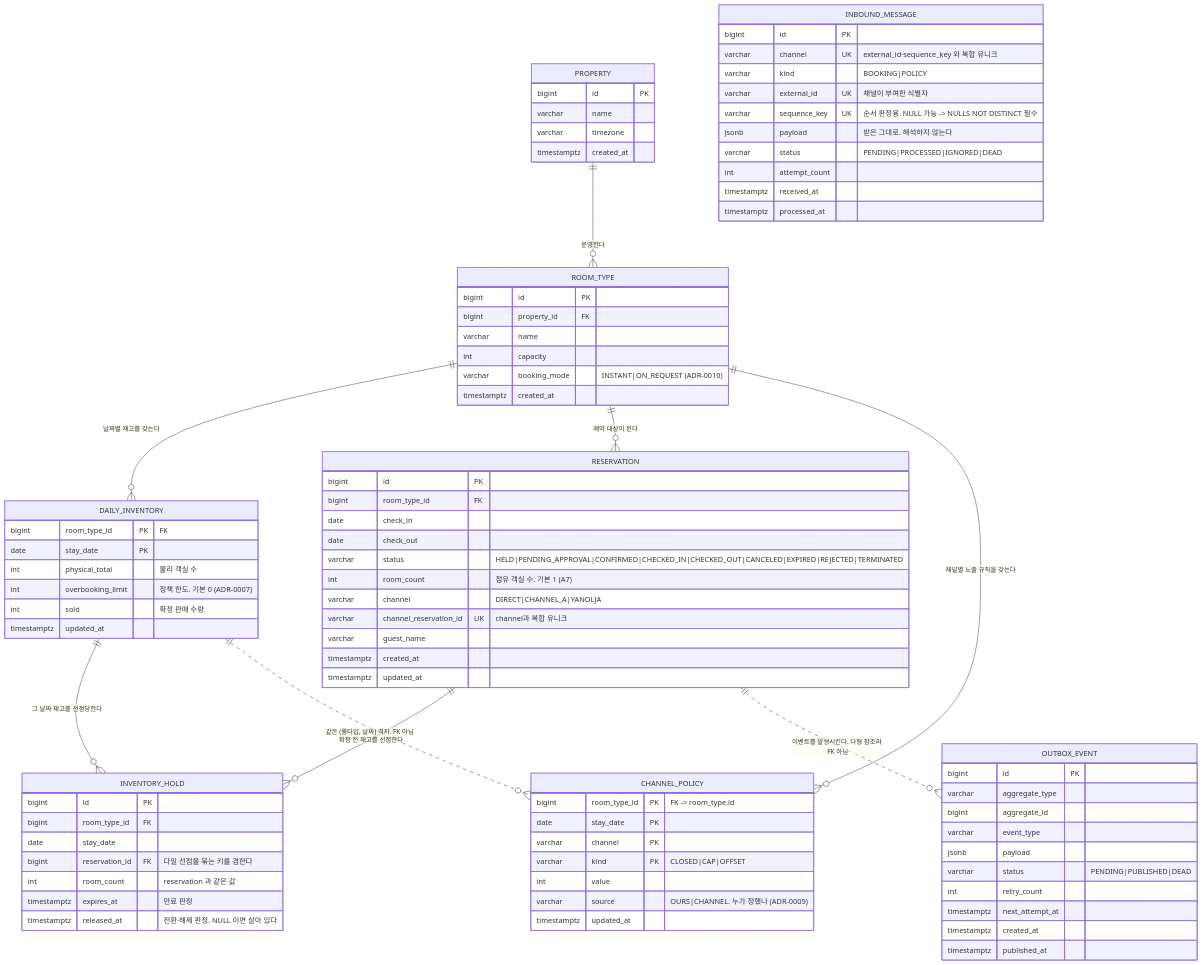
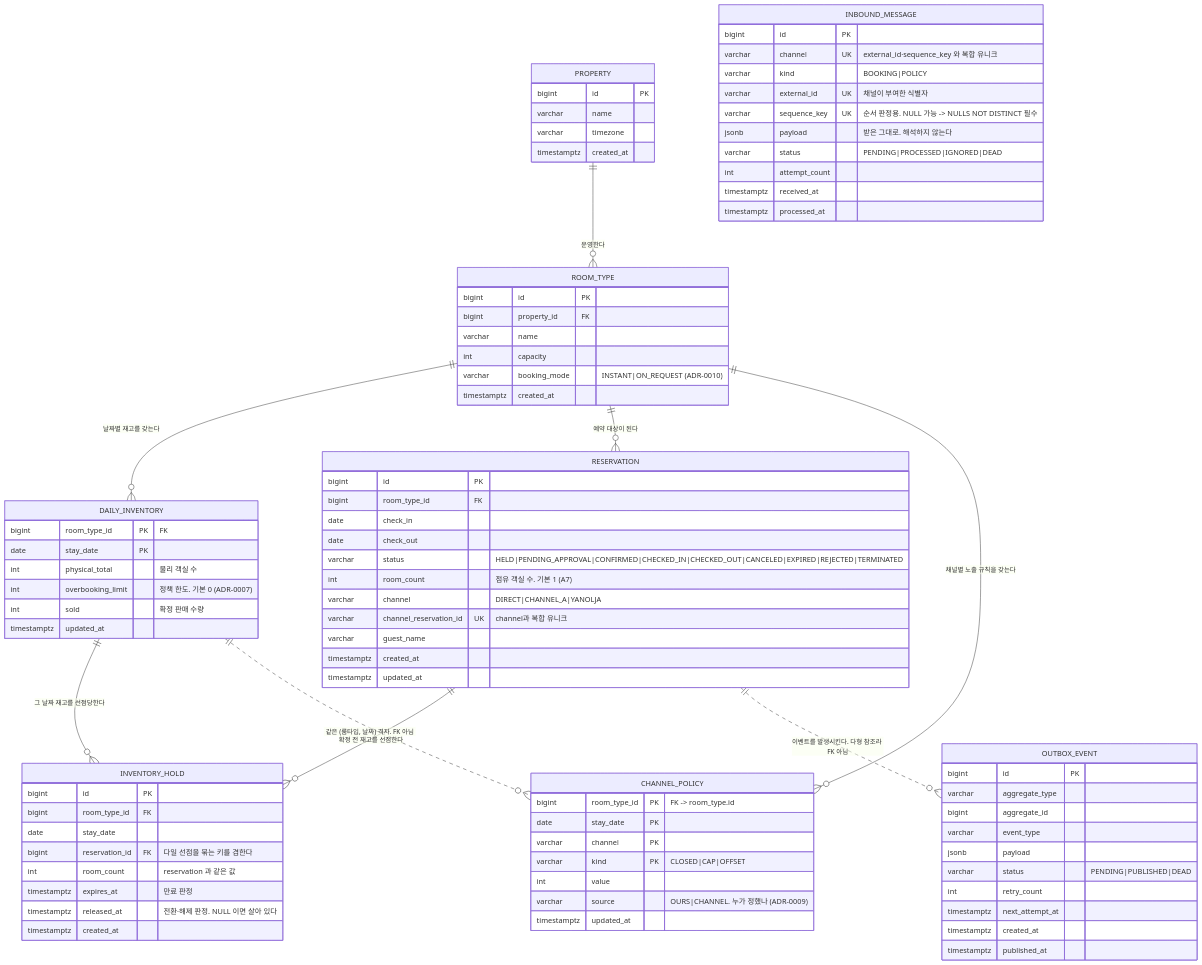
The first of 2 diagrams in docs/01-domain-model.md (PreAgile/stay-inventory-sync), drawn with Mermaid before and after one commit. The commit also changed other lines of this file and 7 other files, not shown here.

```diff
--- a/docs/01-domain-model.md
+++ b/docs/01-domain-model.md
@@ -60,6 +60,7 @@
         int      room_count       "reservation 과 같은 값"
         timestamptz expires_at    "만료 판정"
         timestamptz released_at   "전환·해제 판정. NULL 이면 살아 있다"
+        timestamptz created_at
     }
 
     OUTBOX_EVENT {
```
